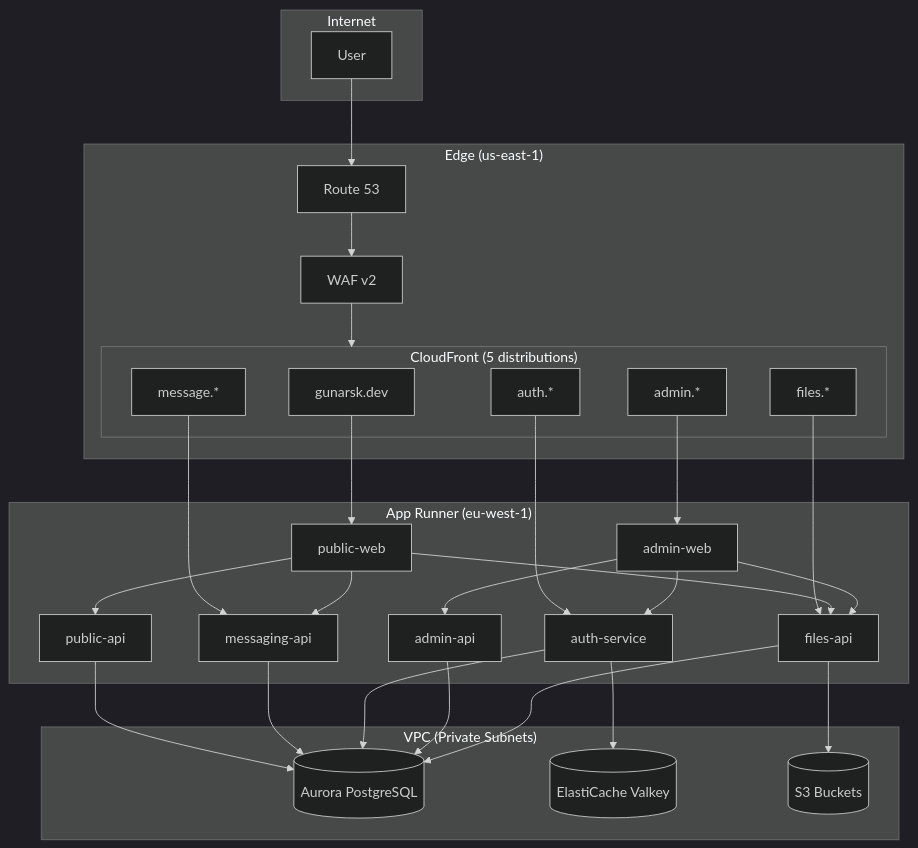
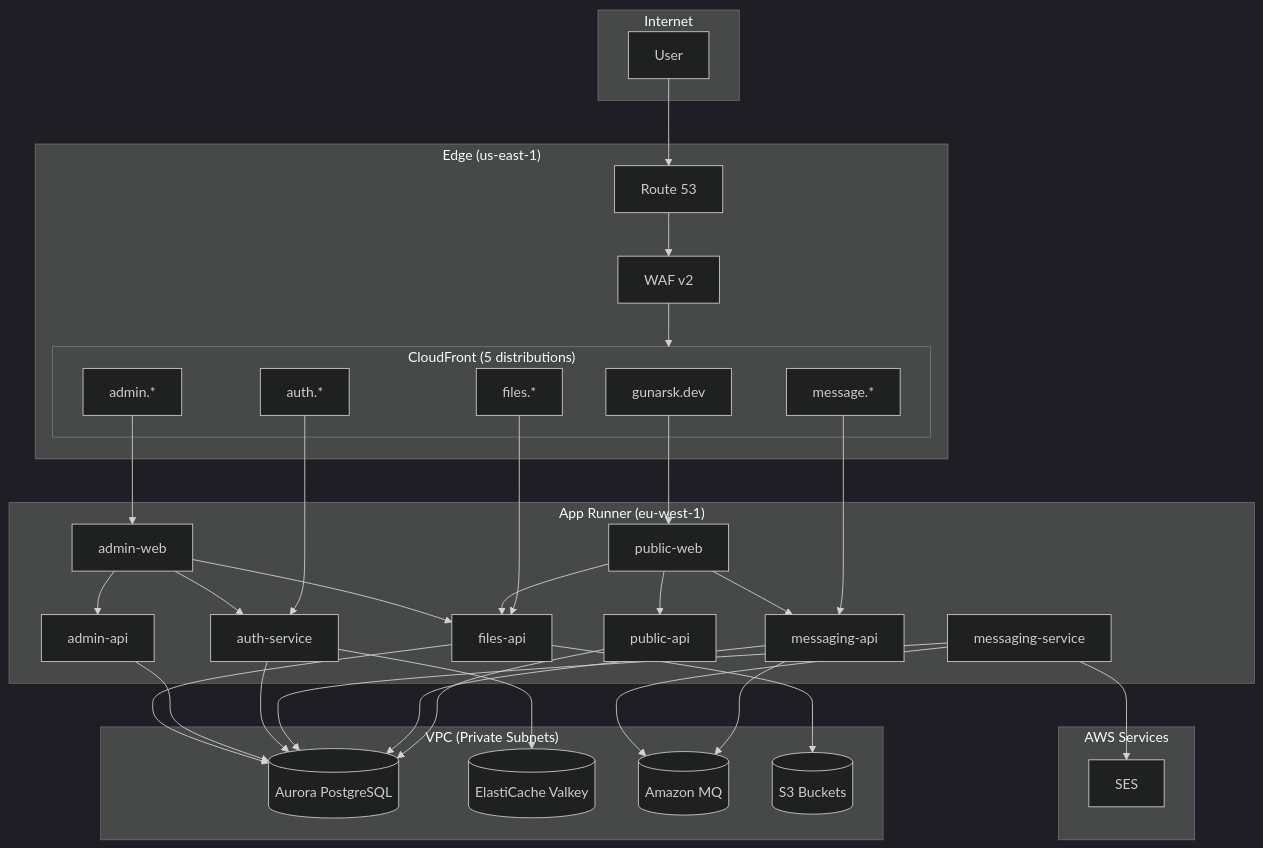
One commit to GunarsK-portfolio/infrastructure changed the second of 2 diagrams in docs/ARCHITECTURE.md. Above: the diagram before and after it, drawn with Mermaid (dark theme). The commit also changed other lines of this file and 16 other files, not shown here.

First line of the commit message:
Add messaging infrastructure (RabbitMQ, LocalStack SES)

````diff
--- a/docs/ARCHITECTURE.md
+++ b/docs/ARCHITECTURE.md
@@ -129,59 +141,69 @@
 ```mermaid
 flowchart TB
     subgraph Internet
         USER[User]
     end
 
     subgraph Edge["Edge (us-east-1)"]
         R53[Route 53]
         WAF[WAF v2]
         subgraph CloudFront["CloudFront (5 distributions)"]
             CF_PUB[gunarsk.dev]
             CF_ADM[admin.*]
             CF_AUTH[auth.*]
             CF_FILES[files.*]
             CF_MSG[message.*]
         end
     end
 
     subgraph AppRunner["App Runner (eu-west-1)"]
         PW[public-web]
         AW[admin-web]
         PA[public-api]
         AA[admin-api]
         AUTH[auth-service]
         FA[files-api]
         MA[messaging-api]
+        MS[messaging-service]
     end
 
     subgraph VPC["VPC (Private Subnets)"]
         AURORA[(Aurora PostgreSQL)]
         REDIS[(ElastiCache Valkey)]
+        MQ[(Amazon MQ)]
         S3[(S3 Buckets)]
+    end
+
+    subgraph AWS["AWS Services"]
+        SES[SES]
     end
 
     USER --> R53
     R53 --> WAF
     WAF --> CloudFront
 
     CF_PUB --> PW
     CF_ADM --> AW
     CF_AUTH --> AUTH
     CF_FILES --> FA
     CF_MSG --> MA
 
     PW --> PA
     PW --> MA
     PW --> FA
     AW --> AUTH
     AW --> AA
     AW --> FA
 
     PA --> AURORA
     MA --> AURORA
+    MA --> MQ
+    MS --> MQ
+    MS --> AURORA
+    MS --> SES
     AUTH --> AURORA
     AUTH --> REDIS
     AA --> AURORA
     FA --> AURORA
     FA --> S3
 ```
````
